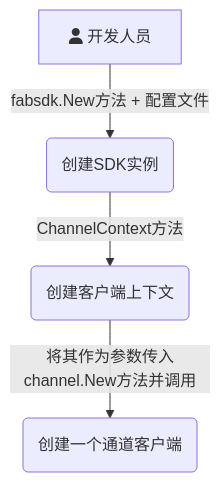
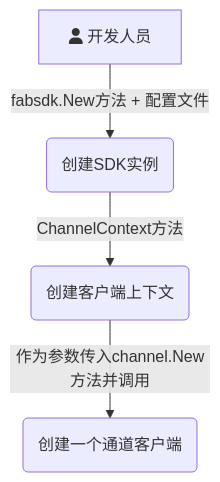
Before and after one commit to Utekichan/iodraw-files: the diagram in all/未命名.md, drawn with Mermaid.

Commit message:
2024-03-30 22:18:17 update

````diff
--- a/all/未命名.md
+++ b/all/未命名.md
@@ -1,11 +1,11 @@
 ```mermaid
 graph TD
     A[fa:fa-user 开发人员] -->|fabsdk.New方法 + 配置文件| B(创建SDK实例)
     B-->|ChannelContext方法| C(创建客户端上下文)
-    C-->|将其作为参数传入channel.New方法并调用| D(创建一个通道客户端)
+    C-->|作为参数传入channel.New方法并调用| D(创建一个通道客户端)
     %% C --> D{Select}
     %% C -->|One| D[Laptop]
     %% C -->|Two| E[iPhone]
     %% C -->|Three| F[Car]
   
 ```
````
